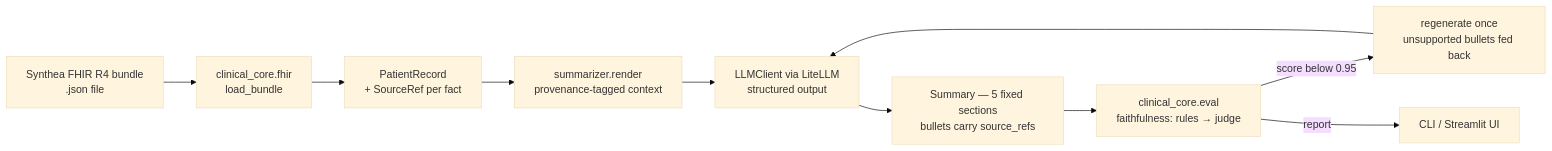
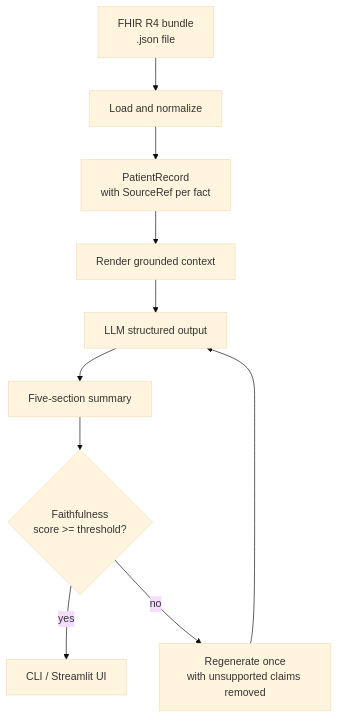
One commit to sovorn-g/fhir-clinical-summarizer changed the diagram in README.md. Above: the diagram before and after it, drawn with Mermaid (base theme). The commit also changed other lines of this file and 2 other files, not shown here.

````diff
--- a/README.md
+++ b/README.md
@@ -42,12 +112,22 @@
 ```mermaid
-flowchart LR
-  B["Synthea FHIR R4 bundle<br/>.json file"] --> L["clinical_core.fhir<br/>load_bundle"]
-  L --> PR["PatientRecord<br/>+ SourceRef per fact"]
-  PR --> R["summarizer.render<br/>provenance-tagged context"]
-  R --> LLM["LLMClient via LiteLLM<br/>structured output"]
-  LLM --> S["Summary — 5 fixed sections<br/>bullets carry source_refs"]
-  S --> F["clinical_core.eval<br/>faithfulness: rules → judge"]
-  F -->|score below 0.95| REGEN["regenerate once<br/>unsupported bullets fed back"]
+flowchart TD
+  B["FHIR R4 bundle<br/>.json file"]
+  L["Load and normalize"]
+  PR["PatientRecord<br/>with SourceRef per fact"]
+  R["Render grounded context"]
+  LLM["LLM structured output"]
+  S["Five-section summary"]
+  F{"Faithfulness<br/>score >= threshold?"}
+  REGEN["Regenerate once<br/>with unsupported claims removed"]
+  UI["CLI / Streamlit UI"]
+
+  B --> L
+  L --> PR
+  PR --> R
+  R --> LLM
+  LLM --> S
+  S --> F
+  F -->|yes| UI
+  F -->|no| REGEN
   REGEN --> LLM
-  F -->|report| UI["CLI / Streamlit UI"]
 ```
````
